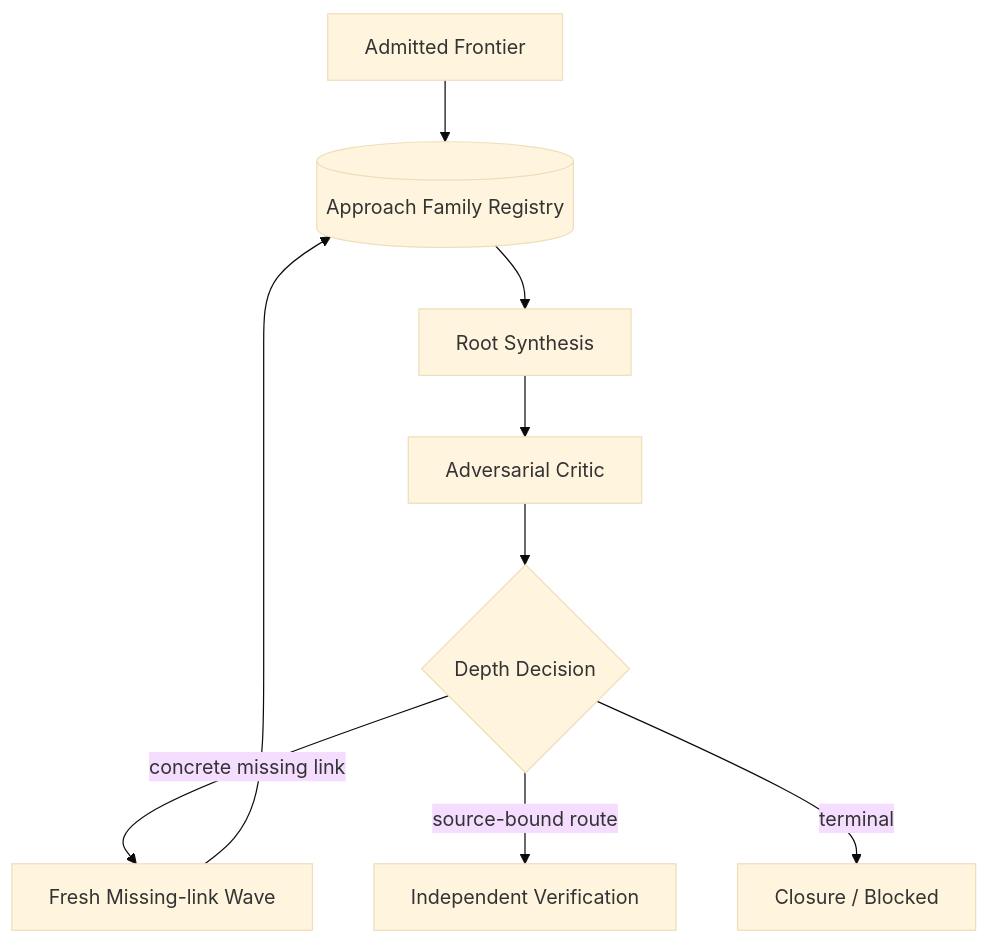
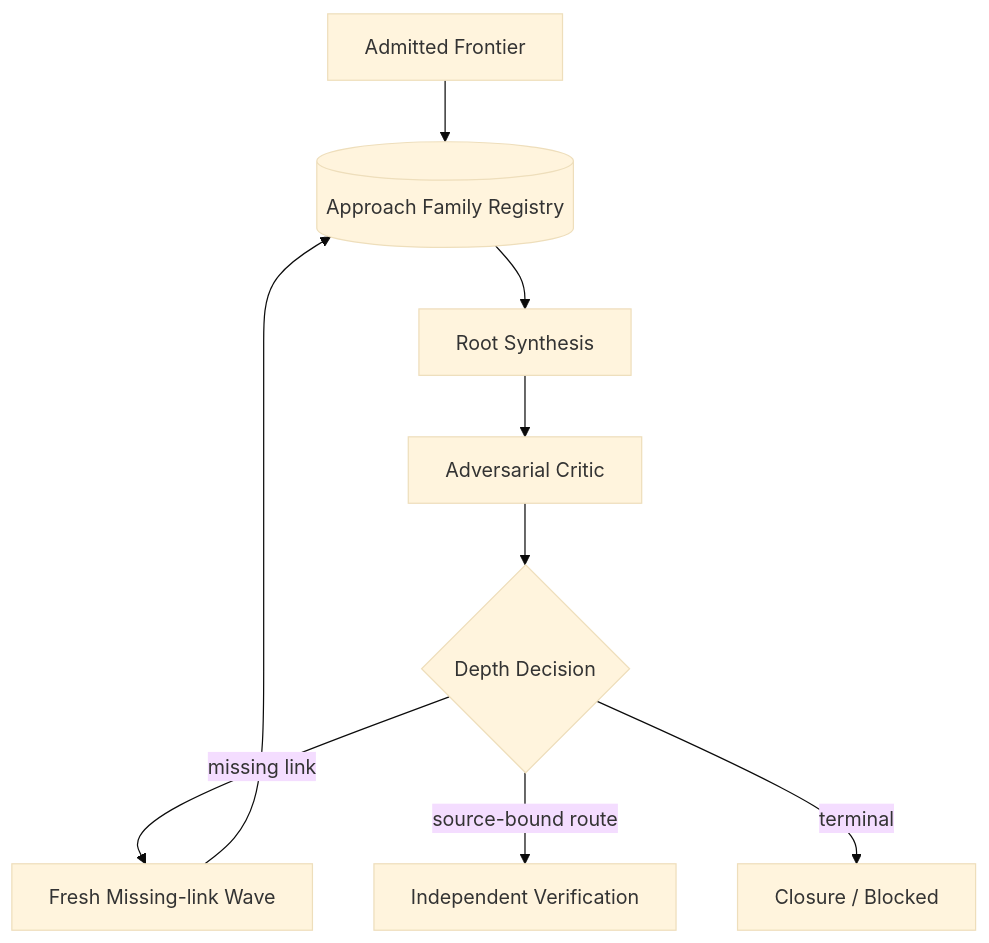
Before and after one commit to momoponwork1415-lgtm/wordpress-harness: the second of 2 diagrams in docs/design/exploration-seam.md, drawn with Mermaid (base theme). The commit also changed other lines of this file and 5 other files, not shown here.

````diff
--- a/docs/design/exploration-seam.md
+++ b/docs/design/exploration-seam.md
@@ -73,16 +52,7 @@
 ```mermaid
 flowchart TB
-    frontier["Admitted Frontier"]
-    registry[("Approach Family Registry")]
-    synthesis["Root Synthesis"]
-    critic["Adversarial Critic"]
-    decision{"Depth Decision"}
-    next["Fresh Missing-link Wave"]
-    verify["Independent Verification"]
-    stop["Closure / Blocked"]
-
-    frontier --> registry --> synthesis --> critic --> decision
-    decision -->|"concrete missing link"| next --> registry
-    decision -->|"source-bound route"| verify
-    decision -->|"terminal"| stop
+    frontier["Admitted Frontier"] --> registry[("Approach Family Registry")] --> synthesis["Root Synthesis"] --> critic["Adversarial Critic"] --> decision{"Depth Decision"}
+    decision -->|"missing link"| next["Fresh Missing-link Wave"] --> registry
+    decision -->|"source-bound route"| verify["Independent Verification"]
+    decision -->|"terminal"| stop["Closure / Blocked"]
 ```
````
